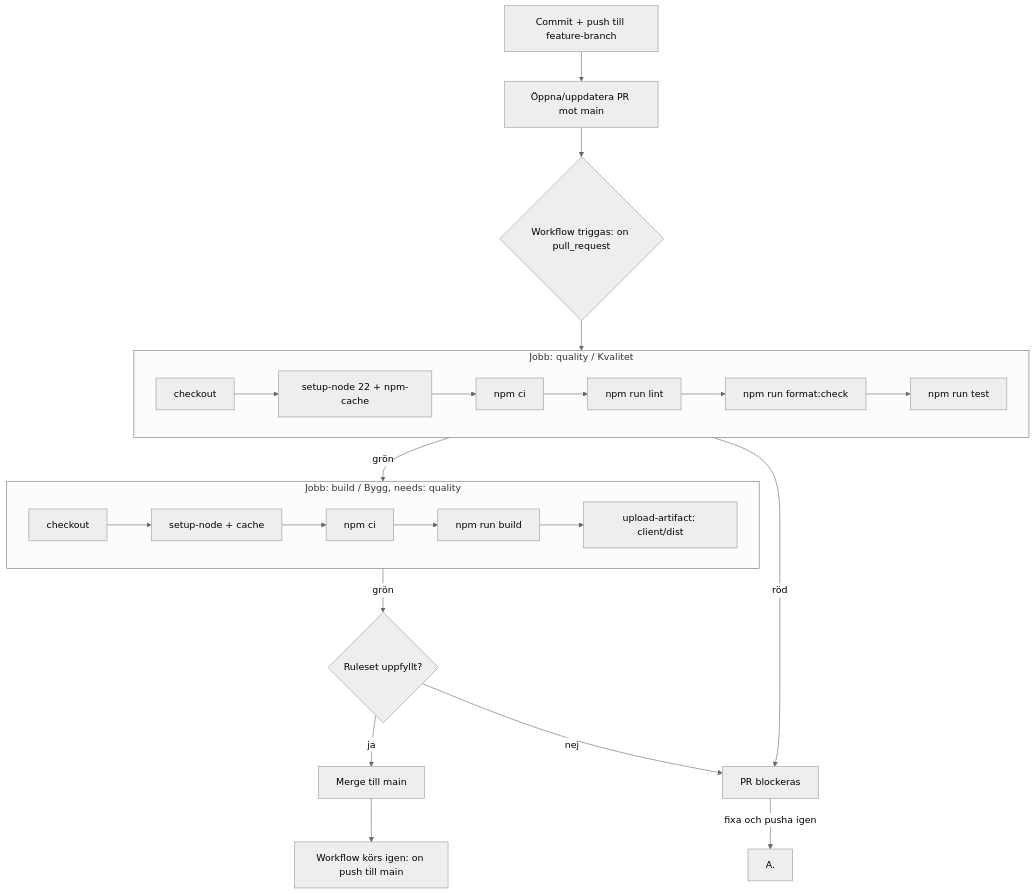
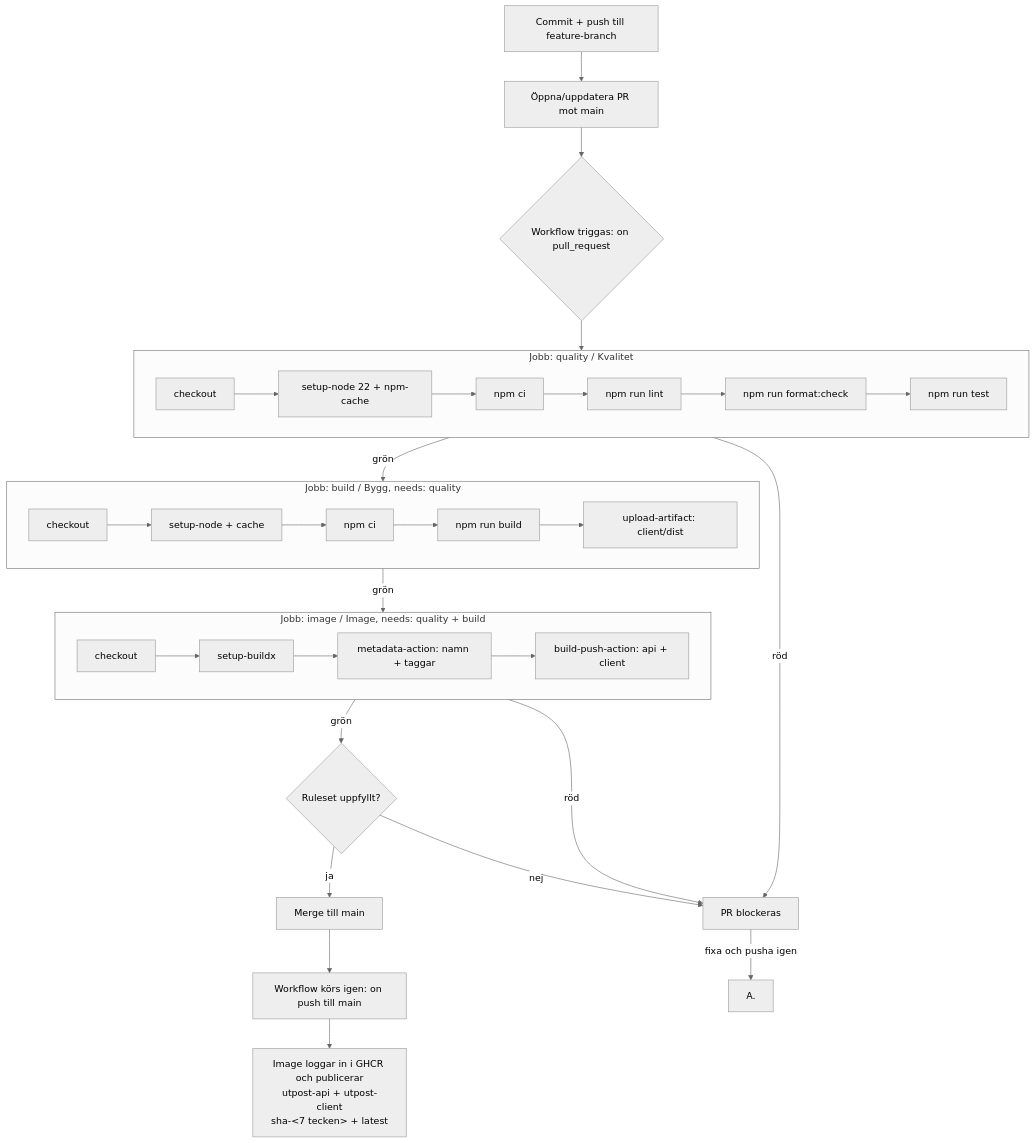
The diagram in docs/pipeline.md (DaniilGurski/utpost), drawn with Mermaid (neutral theme) before and after one commit. The commit also changed other lines of this file and 2 other files, not shown here.

Commit message:
docs: update pipeline document, include image sizes in README

````diff
--- a/docs/pipeline.md
+++ b/docs/pipeline.md
@@ -4,30 +5,40 @@
 ```mermaid
 flowchart TD
     A[Commit + push till feature-branch] --> B[Öppna/uppdatera PR mot main]
     B --> C{Workflow triggas: on pull_request}
     C --> Q
 
     subgraph Q [Jobb: quality / Kvalitet]
         Q1[checkout] --> Q2[setup-node 22 + npm-cache]
         Q2 --> Q3[npm ci]
         Q3 --> Q4[npm run lint]
         Q4 --> Q5[npm run format:check]
         Q5 --> Q6[npm run test]
     end
 
     Q -->|grön| BLD
     Q -->|röd| X[PR blockeras]
     X -->|fixa och pusha igen| A.
 
     subgraph BLD [Jobb: build / Bygg, needs: quality]
         B1[checkout] --> B2[setup-node + cache]
         B2 --> B3[npm ci]
         B3 --> B4[npm run build]
         B4 --> B5[upload-artifact: client/dist]
     end
 
-    BLD -->|grön| R{Ruleset uppfyllt?}
+    BLD -->|grön| IMG
+
+    subgraph IMG [Jobb: image / Image, needs: quality + build]
+        I1[checkout] --> I2[setup-buildx]
+        I2 --> I3[metadata-action: namn + taggar]
+        I3 --> I4[build-push-action: api + client]
+    end
+
+    IMG -->|grön| R{Ruleset uppfyllt?}
+    IMG -->|röd| X
     R -->|ja| M[Merge till main]
     R -->|nej| X
     M --> P[Workflow körs igen: on push till main]
+    P --> PI[Image loggar in i GHCR och publicerar<br/>utpost-api + utpost-client<br/>sha-&lt;7 tecken&gt; + latest]
 ```
````
